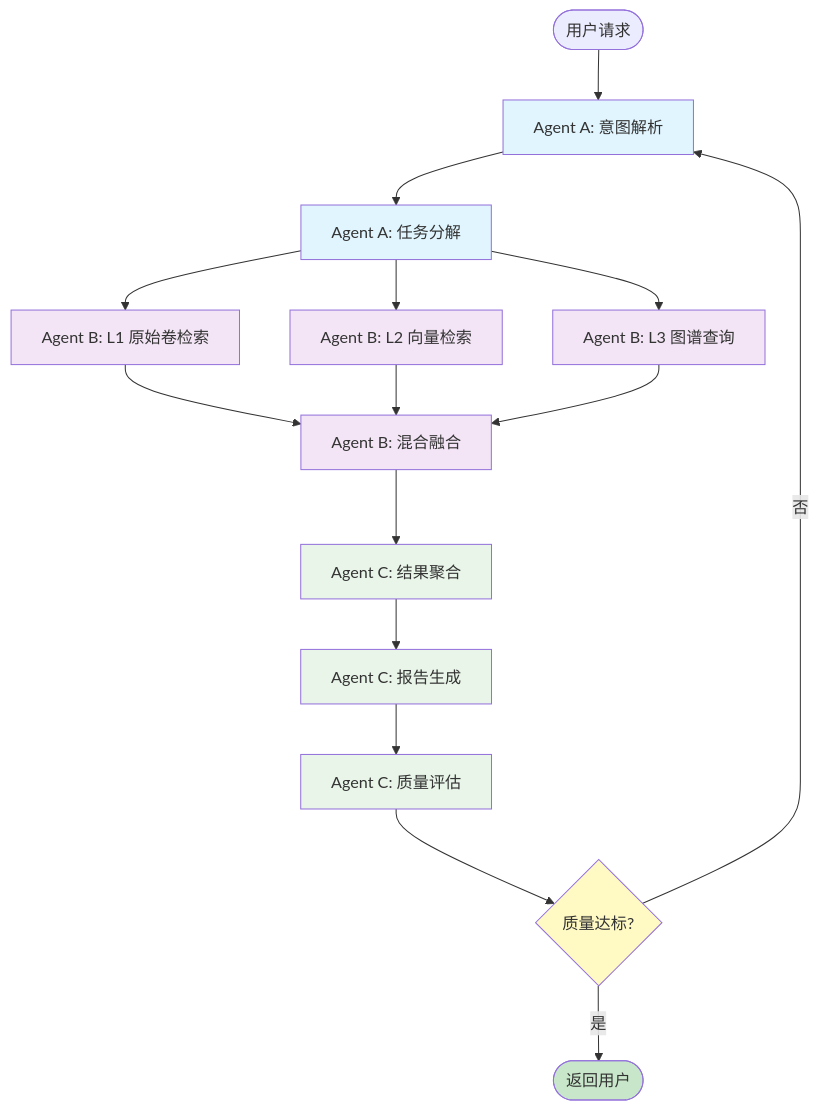
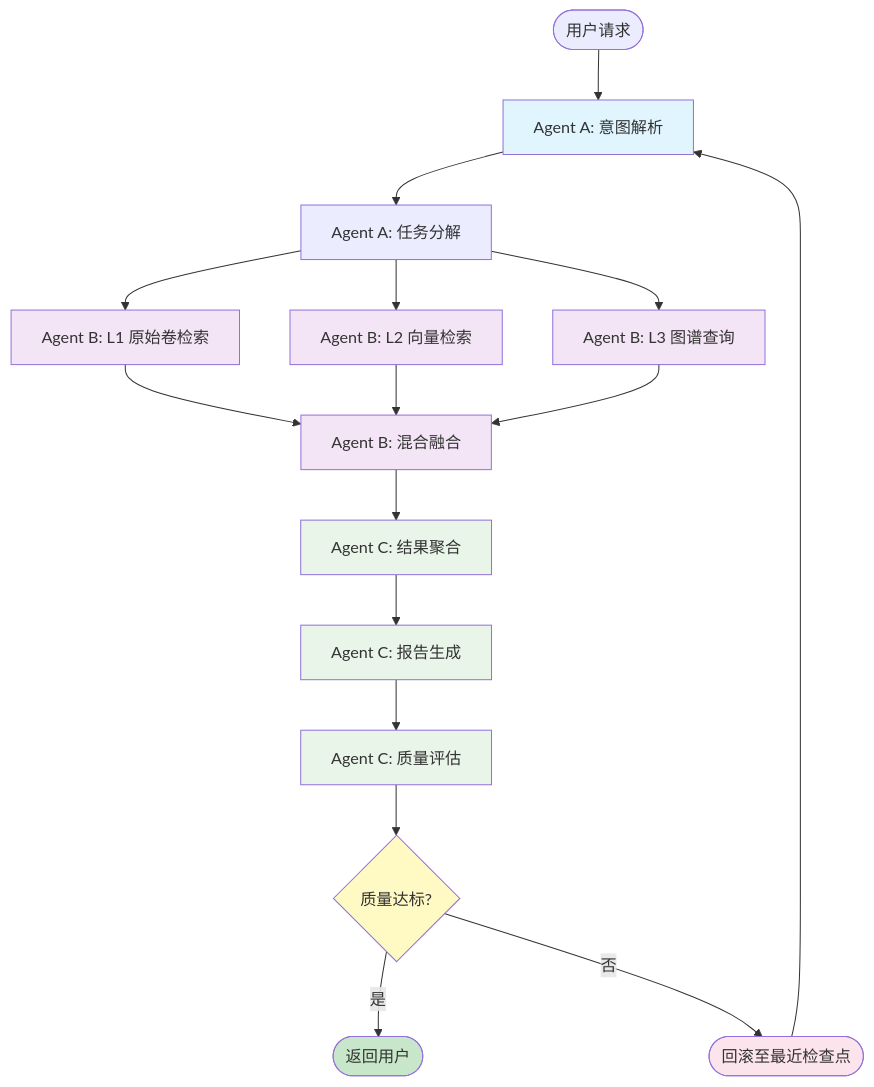
One commit to openairymax/docs changed the second of 2 diagrams in AirymaxOS/140-application-development/03-agent-orchestration.md. Above: the diagram before and after it, drawn with Mermaid. The commit also changed other lines of this file and 135 other files, not shown here.

````diff
--- a/AirymaxOS/140-application-development/03-agent-orchestration.md
+++ b/AirymaxOS/140-application-development/03-agent-orchestration.md
@@ -218,33 +221,34 @@
 ```mermaid
 graph TD
     Start([用户请求]) --> A1[Agent A: 意图解析]
 
     A1 --> A2[Agent A: 任务分解]
     A2 --> B1[Agent B: L1 原始卷检索]
     A2 --> B2[Agent B: L2 向量检索]
     A2 --> B3[Agent B: L3 图谱查询]
 
     B1 --> B4[Agent B: 混合融合]
     B2 --> B4
     B3 --> B4
 
     B4 --> C1[Agent C: 结果聚合]
     C1 --> C2[Agent C: 报告生成]
     C2 --> C3[Agent C: 质量评估]
 
     C3 --> Decision{质量达标?}
     Decision -->|是| End([返回用户])
-    Decision -->|否| A1
+    Decision -->|否| Rollback([回滚至最近检查点])
+    Rollback --> A1
 
     style A1 fill:#e1f5fe
-    style A2 fill:#e1f5fe
     style B1 fill:#f3e5f5
     style B2 fill:#f3e5f5
     style B3 fill:#f3e5f5
     style B4 fill:#f3e5f5
     style C1 fill:#e8f5e8
     style C2 fill:#e8f5e8
     style C3 fill:#e8f5e8
     style Decision fill:#fff9c4
     style End fill:#c8e6c9
+    style Rollback fill:#fce4ec
 ```
````
